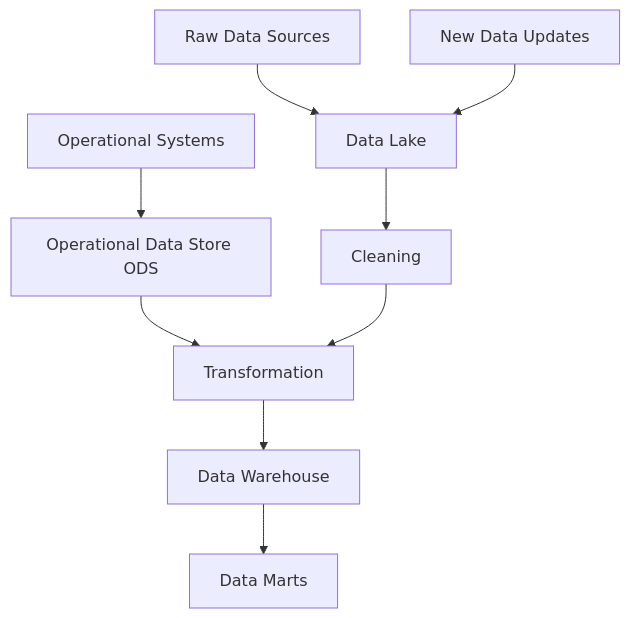
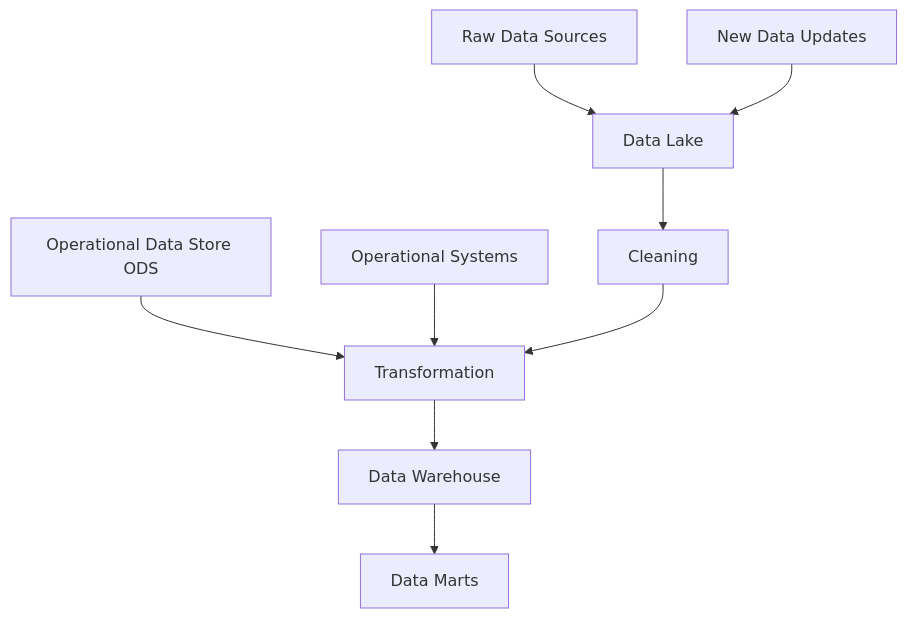
The first of 2 diagrams in data warehouse/Data Warehousing, Analytics overview.md (Prajjwal-Rimal/Database-and-SQL), drawn with Mermaid before and after one commit.

Commit message:
changes to the flow chart

````diff
--- a/data warehouse/Data Warehousing, Analytics overview.md
+++ b/data warehouse/Data Warehousing, Analytics overview.md
@@ -70,12 +70,12 @@
 ```mermaid
 flowchart TD
     A[Raw Data Sources] --> L[Data Lake]
     O[Operational Data Store ODS] --> C[Transformation]
-    G[Operational Systems ] --> O
+    G[Operational Systems ] --> C
     L --> B[Cleaning]
     B --> C[Transformation]
     C --> D[Data Warehouse]
     D --> E[Data Marts]
     F[New Data Updates] --> L
 
 ```
````
